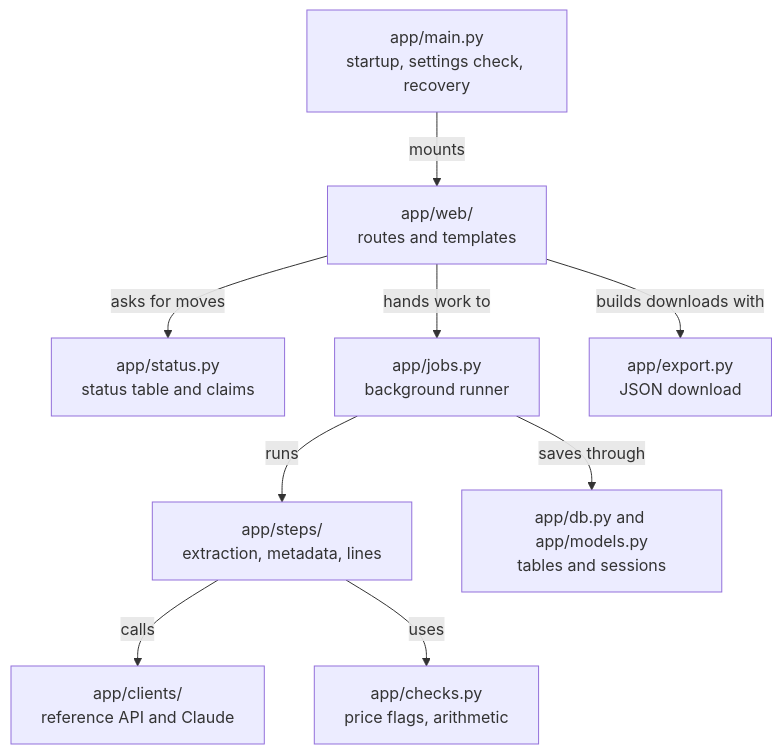
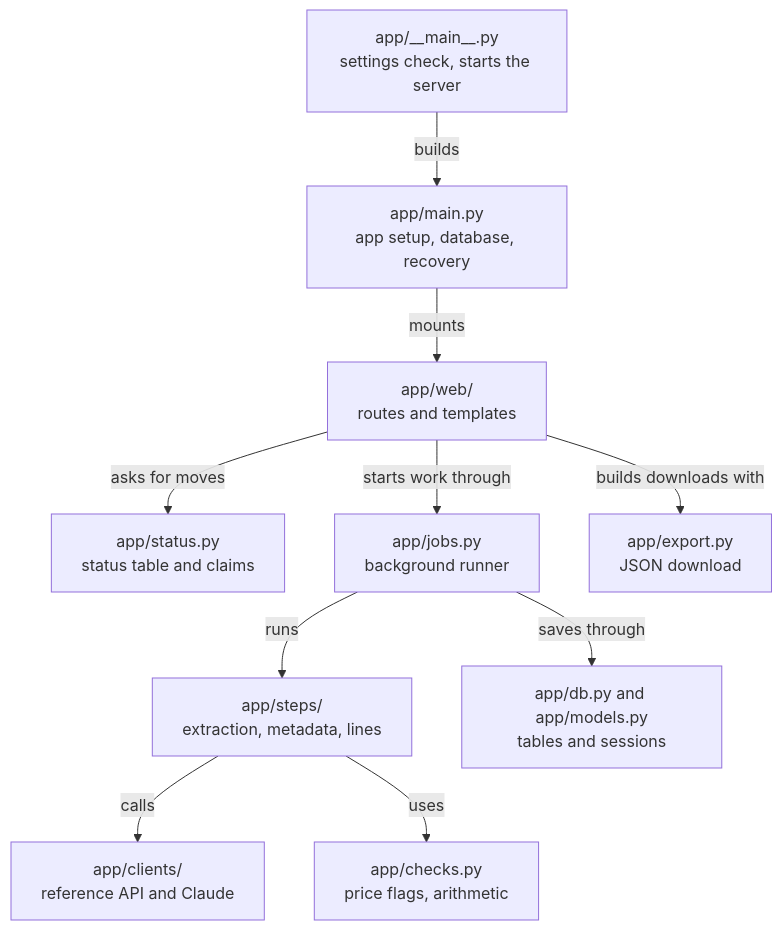
Before and after one commit to lucycchi/ai-invoice-ingestion-platform: diagram 13 of 14 in docs/ARCHITECTURE.md, drawn with Mermaid. The commit also changed other lines of this file and 29 other files, not shown here.

````diff
--- a/docs/ARCHITECTURE.md
+++ b/docs/ARCHITECTURE.md
@@ -759,21 +804,23 @@
 ```mermaid
 flowchart TB
-    main["app/main.py<br/>startup, settings check, recovery"]
+    entry["app/__main__.py<br/>settings check, starts the server"]
+    main["app/main.py<br/>app setup, database, recovery"]
     web["app/web/<br/>routes and templates"]
     status["app/status.py<br/>status table and claims"]
     jobs["app/jobs.py<br/>background runner"]
     steps["app/steps/<br/>extraction, metadata, lines"]
     checks["app/checks.py<br/>price flags, arithmetic"]
     export["app/export.py<br/>JSON download"]
     clients["app/clients/<br/>reference API and Claude"]
     db["app/db.py and app/models.py<br/>tables and sessions"]
 
+    entry -->|"builds"| main
     main -->|"mounts"| web
     web -->|"asks for moves"| status
-    web -->|"hands work to"| jobs
+    web -->|"starts work through"| jobs
     jobs -->|"runs"| steps
     steps -->|"calls"| clients
     steps -->|"uses"| checks
     web -->|"builds downloads with"| export
     jobs -->|"saves through"| db
 ```
````
